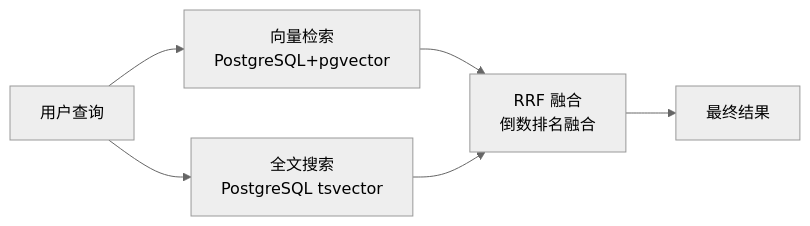
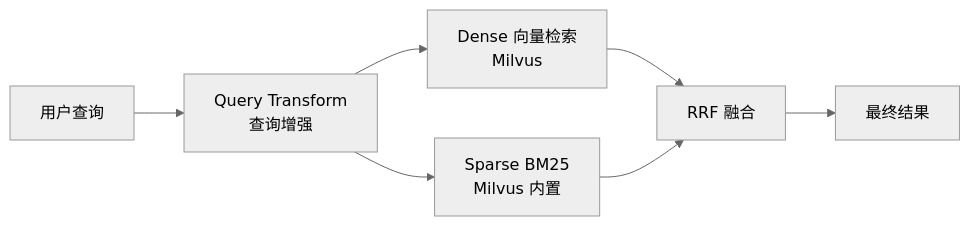
The diagram in README.md (Showool/buddy-ai), drawn with Mermaid (neutral theme) before and after one commit. The commit also changed other lines of this file and 124 other files, not shown here.

````diff
--- a/README.md
+++ b/README.md
@@ -74,8 +75,9 @@
 ```mermaid
 graph LR
-    Query[用户查询] --> Vector[向量检索<br/>PostgreSQL+pgvector]
-    Query --> Fulltext[全文搜索<br/>PostgreSQL tsvector]
-    Vector --> RRF[RRF 融合<br/>倒数排名融合]
-    Fulltext --> RRF
+    Query[用户查询] --> QT[Query Transform<br/>查询增强]
+    QT --> Dense[Dense 向量检索<br/>Milvus]
+    QT --> Sparse[Sparse BM25<br/>Milvus 内置]
+    Dense --> RRF[RRF 融合]
+    Sparse --> RRF
     RRF --> Result[最终结果]
 ```
````
